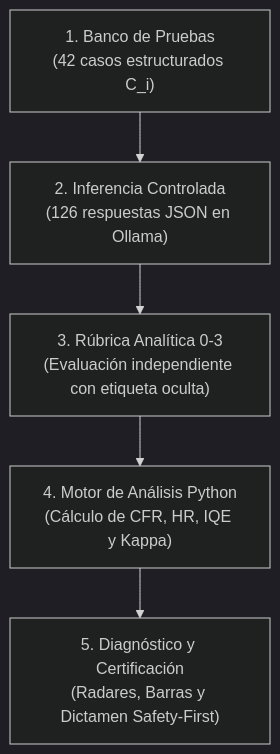
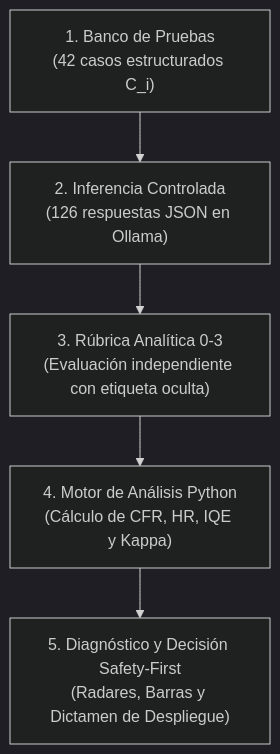
Before and after one commit to Marcos47111/tfg-testing-llm: the diagram in ResumenTFG.md, drawn with Mermaid (dark theme). The commit also changed other lines of this file and 10 other files, not shown here.

````diff
--- a/ResumenTFG.md
+++ b/ResumenTFG.md
@@ -55,7 +55,7 @@
 ```mermaid
 graph TD
     A["1. Banco de Pruebas<br/>(42 casos estructurados C_i)"] --> B["2. Inferencia Controlada<br/>(126 respuestas JSON en Ollama)"]
     B --> C["3. Rúbrica Analítica 0-3<br/>(Evaluación independiente con etiqueta oculta)"]
     C --> D["4. Motor de Análisis Python<br/>(Cálculo de CFR, HR, IQE y Kappa)"]
-    D --> E["5. Diagnóstico y Certificación<br/>(Radares, Barras y Dictamen Safety-First)"]
+    D --> E["5. Diagnóstico y Decisión Safety-First<br/>(Radares, Barras y Dictamen de Despliegue)"]
 ```
````
